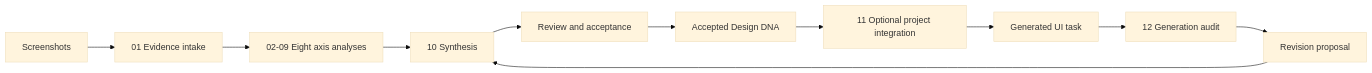
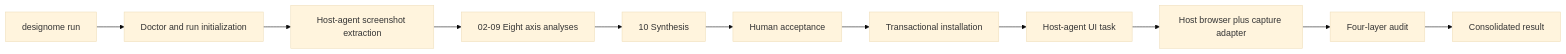
The diagram in docs/architecture-and-methodology.md (jude-bayiha/designome), drawn with Mermaid (base theme) before and after one commit. The commit also changed other lines of this file and 14 other files, not shown here.

````diff
--- a/docs/architecture-and-methodology.md
+++ b/docs/architecture-and-methodology.md
@@ -15,13 +16,13 @@
 ```mermaid
 flowchart LR
-    A["Screenshots"] --> B["01 Evidence intake"]
-    B --> C["02-09 Eight axis analyses"]
-    C --> D["10 Synthesis"]
-    D --> E["Review and acceptance"]
-    E --> F["Accepted Design DNA"]
-    F --> G["11 Optional project integration"]
-    G --> H["Generated UI task"]
-    H --> I["12 Generation audit"]
-    I --> J["Revision proposal"]
-    J --> D
+    A["designome run"] --> B["Doctor and run initialization"]
+    B --> C["Host-agent screenshot extraction"]
+    C --> D["02-09 Eight axis analyses"]
+    D --> E["10 Synthesis"]
+    E --> F["Human acceptance"]
+    F --> G["Transactional installation"]
+    G --> H["Host-agent UI task"]
+    H --> I["Host browser plus capture adapter"]
+    I --> J["Four-layer audit"]
+    J --> K["Consolidated result"]
 ```
````
